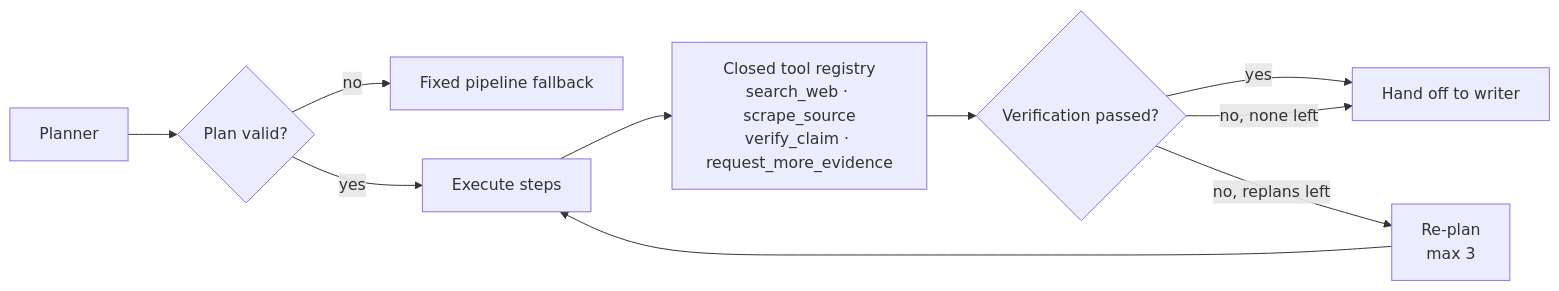
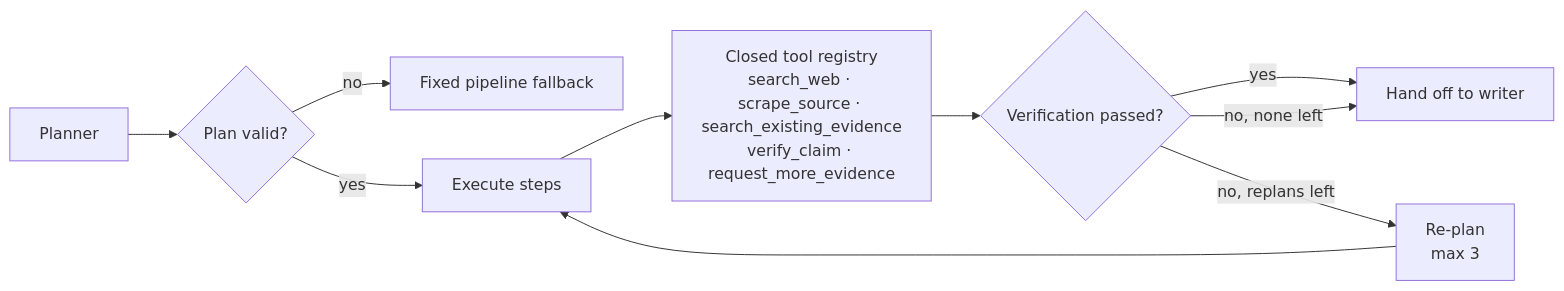
The third of 9 diagrams in docs/02-architecture.md (shreyajoshi144/atlas), drawn with Mermaid before and after one commit. The commit also changed other lines of this file and 34 other files, not shown here.

````diff
--- a/docs/02-architecture.md
+++ b/docs/02-architecture.md
@@ -86,12 +85,12 @@
 ```mermaid
 flowchart LR
     PL[Planner] --> VAL{Plan valid?}
     VAL -->|no| FB[Fixed pipeline fallback]
     VAL -->|yes| EX[Execute steps]
-    EX --> T["Closed tool registry<br/>search_web · scrape_source<br/>verify_claim · request_more_evidence"]
+    EX --> T["Closed tool registry<br/>search_web · scrape_source · search_existing_evidence<br/>verify_claim · request_more_evidence"]
     T --> CHK{Verification passed?}
     CHK -->|yes| DONE[Hand off to writer]
     CHK -->|no, replans left| RP[Re-plan<br/>max 3]
     RP --> EX
     CHK -->|no, none left| DONE
 ```
````
